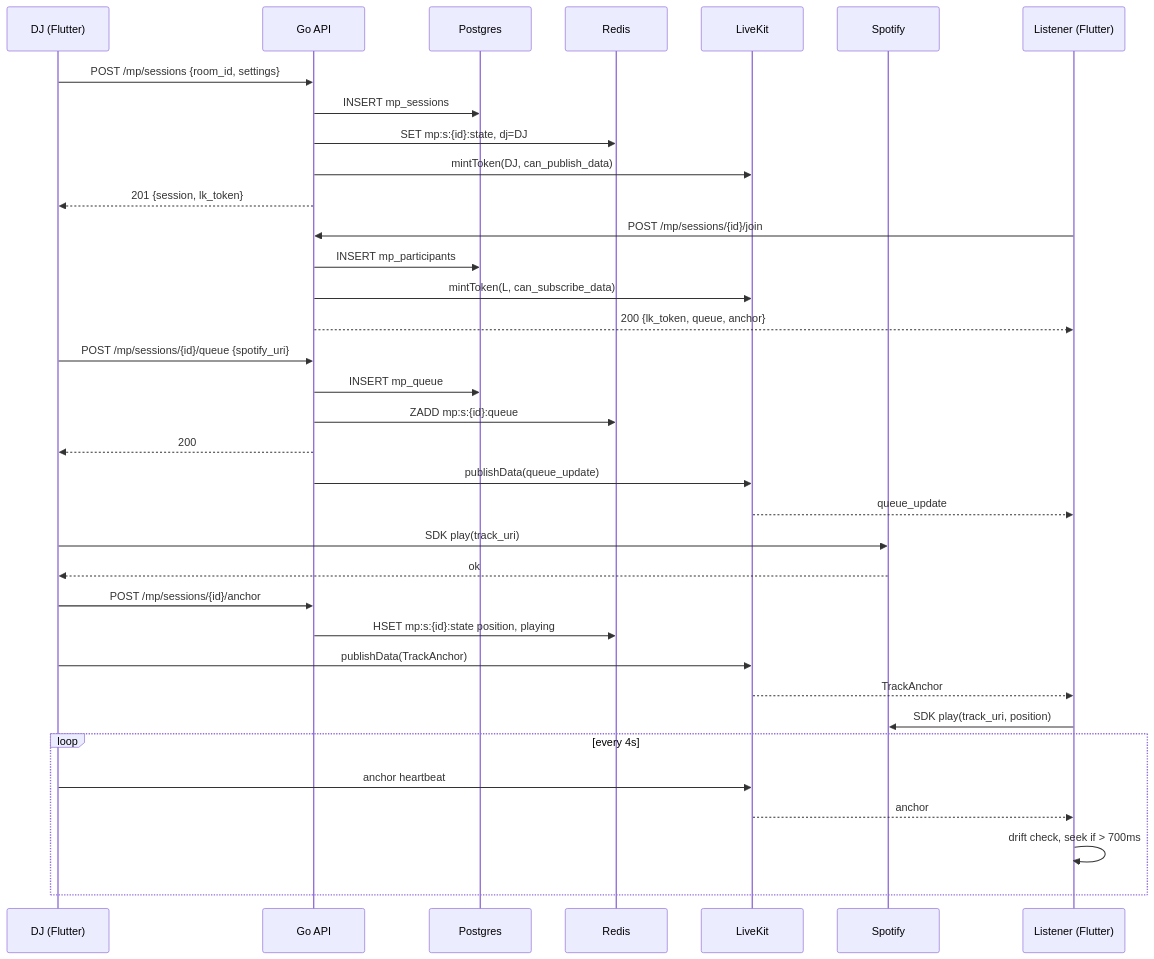
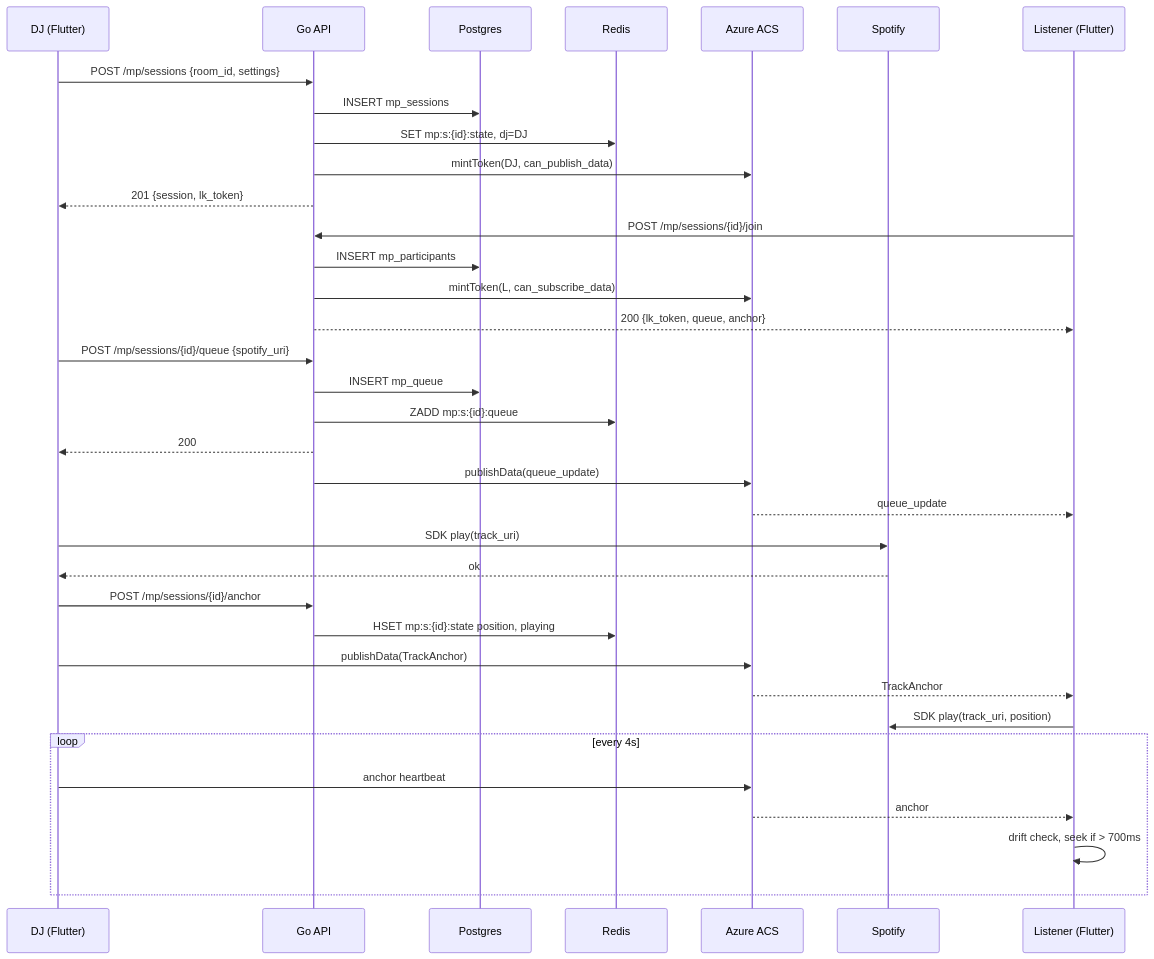
One commit to Santosh-Prasad-Verma/Flicko changed the first of 3 diagrams in missing-features/01-discord-parity-activities/music-party/APPFLOW.md. Above: the diagram before and after it, drawn with Mermaid. The commit also changed 225 other files, not shown here.

Commit message:
feat: eliminate legacy LiveKit references, align with Azure ACS VoIP stack, and prune docs (#84)

````diff
--- a/missing-features/01-discord-parity-activities/music-party/APPFLOW.md
+++ b/missing-features/01-discord-parity-activities/music-party/APPFLOW.md
@@ -5,38 +5,38 @@
 ```mermaid
 sequenceDiagram
     participant DJ as DJ (Flutter)
     participant API as Go API
     participant DB as Postgres
     participant R as Redis
-    participant LK as LiveKit
+    participant LK as Azure ACS
     participant SP as Spotify
     participant L as Listener (Flutter)
 
     DJ->>API: POST /mp/sessions {room_id, settings}
     API->>DB: INSERT mp_sessions
     API->>R: SET mp:s:{id}:state, dj=DJ
     API->>LK: mintToken(DJ, can_publish_data)
     API-->>DJ: 201 {session, lk_token}
     L->>API: POST /mp/sessions/{id}/join
     API->>DB: INSERT mp_participants
     API->>LK: mintToken(L, can_subscribe_data)
     API-->>L: 200 {lk_token, queue, anchor}
     DJ->>API: POST /mp/sessions/{id}/queue {spotify_uri}
     API->>DB: INSERT mp_queue
     API->>R: ZADD mp:s:{id}:queue
     API-->>DJ: 200
     API->>LK: publishData(queue_update)
     LK-->>L: queue_update
     DJ->>SP: SDK play(track_uri)
     SP-->>DJ: ok
     DJ->>API: POST /mp/sessions/{id}/anchor
     API->>R: HSET mp:s:{id}:state position, playing
     DJ->>LK: publishData(TrackAnchor)
     LK-->>L: TrackAnchor
     L->>SP: SDK play(track_uri, position)
     loop every 4s
       DJ->>LK: anchor heartbeat
       LK-->>L: anchor
       L->>L: drift check, seek if > 700ms
     end
 ```
````
